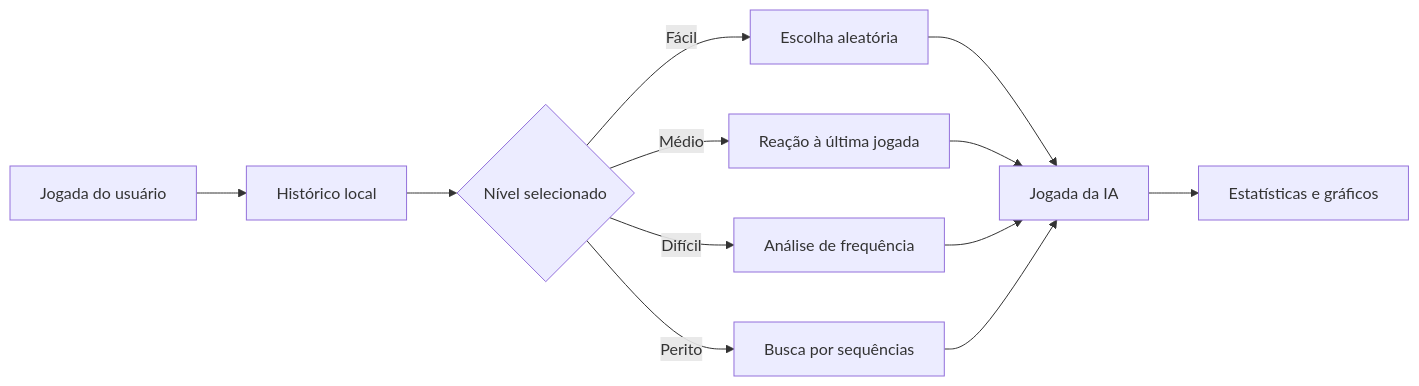
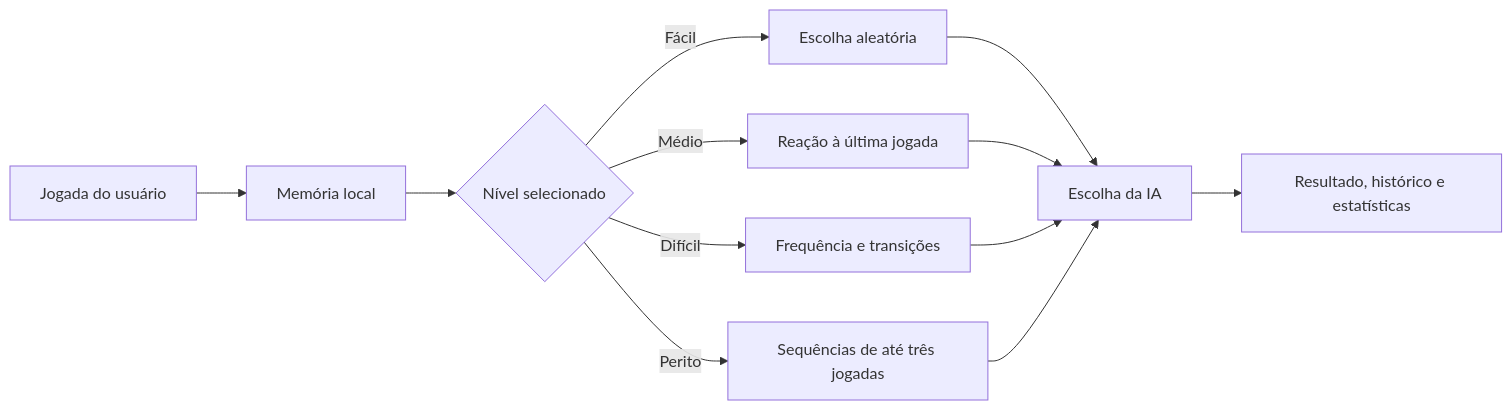
Before and after one commit to Paulo968/JokenpoPro: the diagram in README.md, drawn with Mermaid. The commit also changed other lines of this file and 9 other files, not shown here.

````diff
--- a/README.md
+++ b/README.md
@@ -22,14 +37,14 @@
 ```mermaid
 flowchart LR
-    A[Jogada do usuário] --> B[Histórico local]
+    A[Jogada do usuário] --> B[Memória local]
     B --> C{Nível selecionado}
     C -->|Fácil| D[Escolha aleatória]
     C -->|Médio| E[Reação à última jogada]
-    C -->|Difícil| F[Análise de frequência]
-    C -->|Perito| G[Busca por sequências]
-    D --> H[Jogada da IA]
+    C -->|Difícil| F[Frequência e transições]
+    C -->|Perito| G[Sequências de até três jogadas]
+    D --> H[Escolha da IA]
     E --> H
     F --> H
     G --> H
-    H --> I[Estatísticas e gráficos]
+    H --> I[Resultado, histórico e estatísticas]
 ```
````
